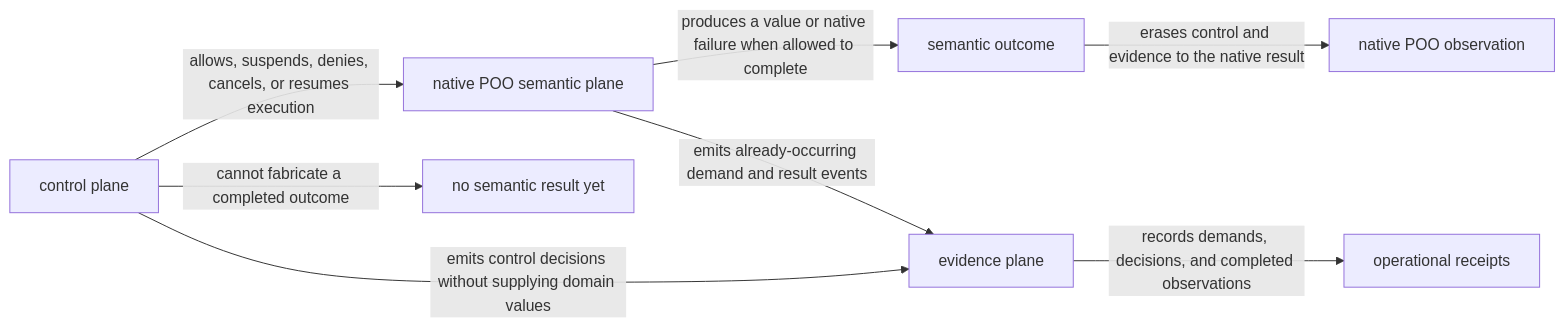
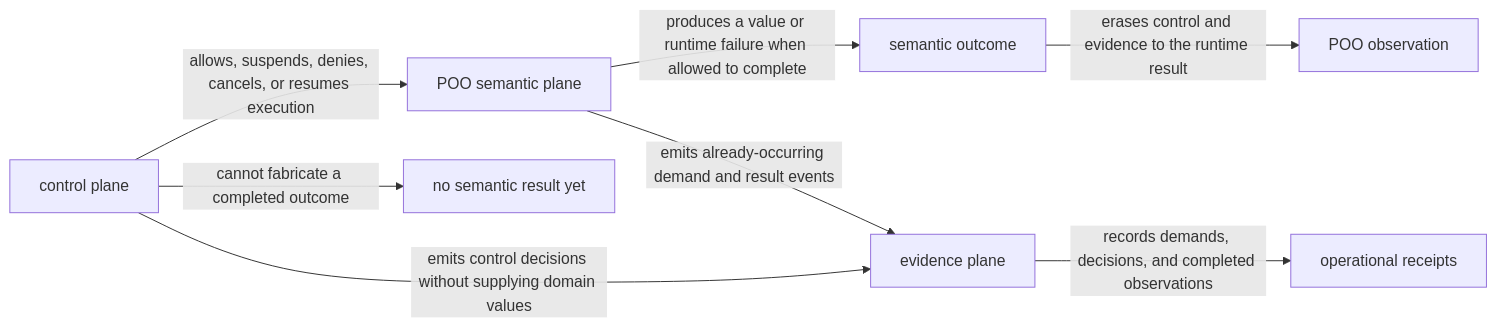
Before and after one commit to tao3k/gebril-yuanxu: the first of 2 diagrams in module-system/design/45-86-poo-conservative-extension-criterion-and-cross-module-obligations.org, drawn with Mermaid. The commit also changed other lines of this file and 1469 other files, not shown here.

```diff
--- a/module-system/design/45-86-poo-conservative-extension-criterion-and-cross-module-obligations.org
+++ b/module-system/design/45-86-poo-conservative-extension-criterion-and-cross-module-obligations.org
@@ -208,10 +208,10 @@
 #+begin_src mermaid
 flowchart LR
-    POO["native POO semantic plane"] -->|"produces a value or native failure when allowed to complete"| OUTCOME["semantic outcome"]
+    POO["POO semantic plane"] -->|"produces a value or runtime failure when allowed to complete"| OUTCOME["semantic outcome"]
     CONTROL["control plane"] -->|"allows, suspends, denies, cancels, or resumes execution"| POO
     EVIDENCE["evidence plane"] -->|"records demands, decisions, and completed observations"| RECEIPT["operational receipts"]
     POO -->|"emits already-occurring demand and result events"| EVIDENCE
     CONTROL -->|"emits control decisions without supplying domain values"| EVIDENCE
-    OUTCOME -->|"erases control and evidence to the native result"| NATIVE["native POO observation"]
+    OUTCOME -->|"erases control and evidence to the runtime result"| RUNTIME["POO observation"]
     CONTROL -->|"cannot fabricate a completed outcome"| NORESULT["no semantic result yet"]
 #+end_src
```
